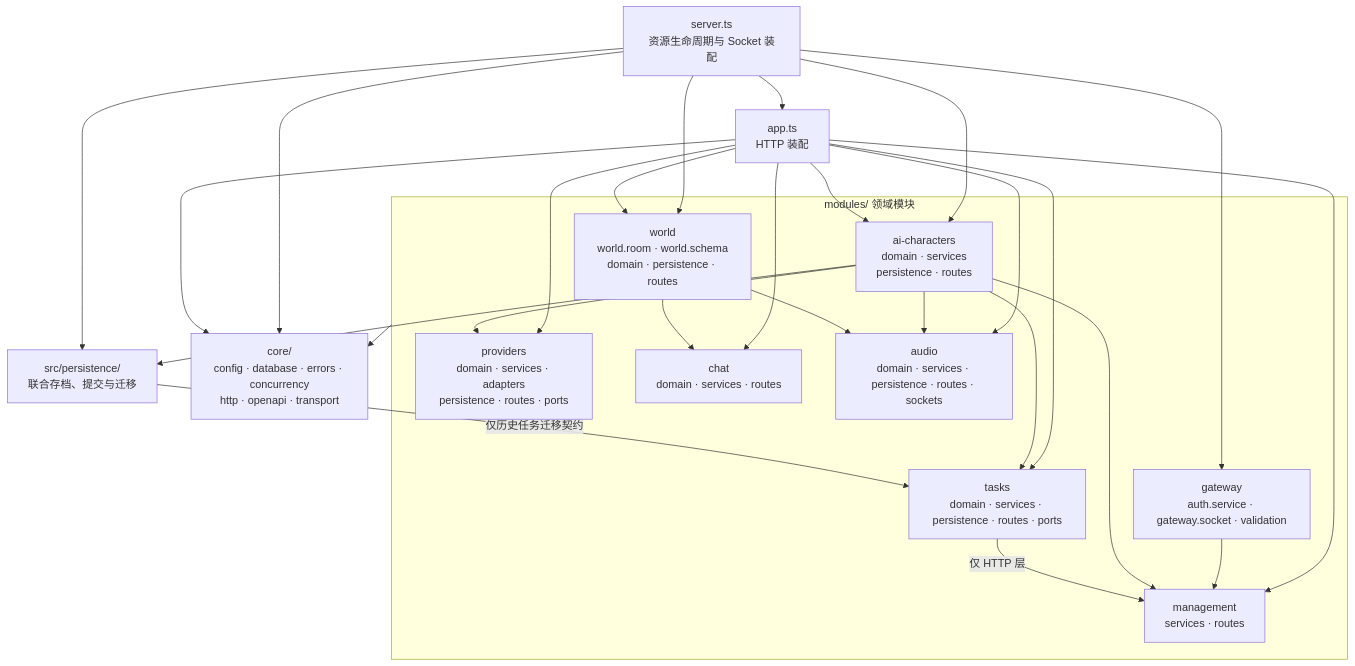
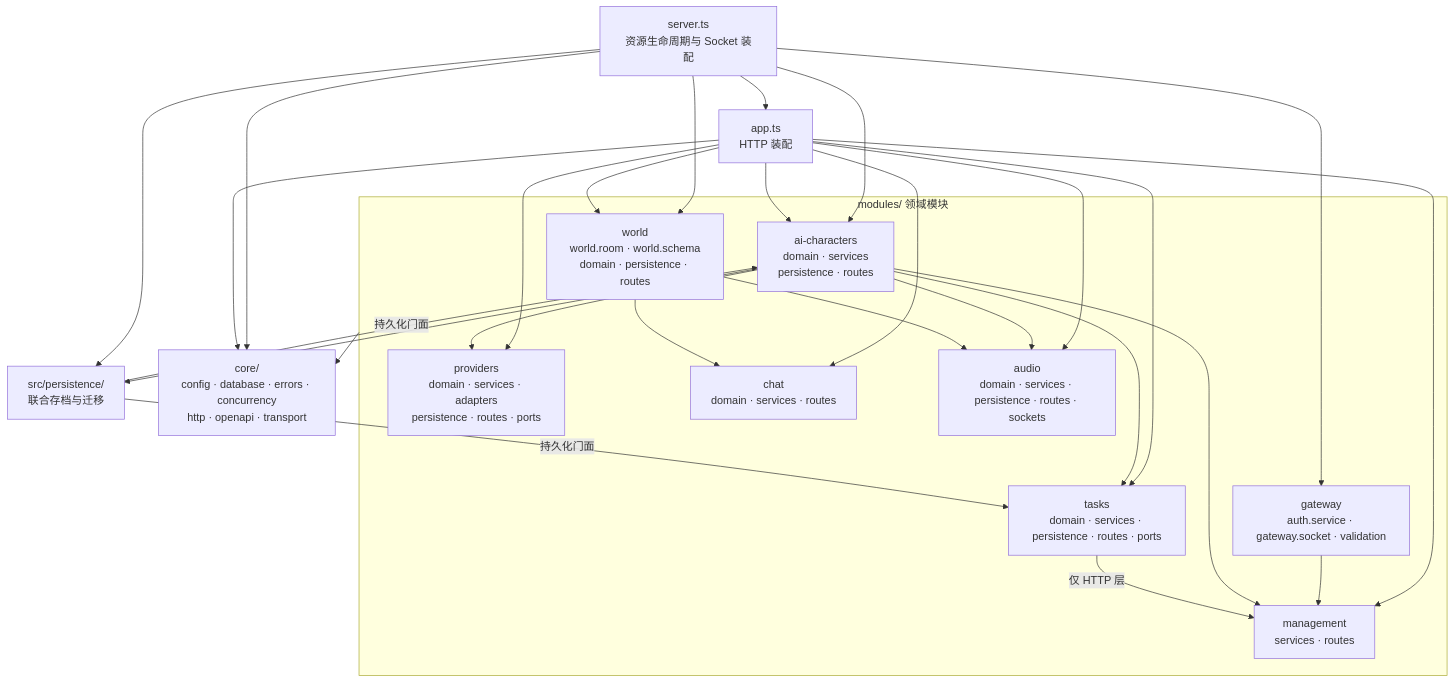
The fifth of 14 diagrams in docs/guide/architecture-diagrams.md (lulabs-org/embocraft), drawn with Mermaid before and after one commit. The commit also changed other lines of this file and 28 other files, not shown here.

````diff
--- a/docs/guide/architecture-diagrams.md
+++ b/docs/guide/architecture-diagrams.md
@@ -118,42 +118,43 @@
 ```mermaid
 graph TB
     App["app.ts<br/>HTTP 装配"]
     Server["server.ts<br/>资源生命周期与 Socket 装配"]
     Core["core/<br/>config · database · errors · concurrency<br/>http · openapi · transport"]
-    Persist["src/persistence/<br/>联合存档、提交与迁移"]
+    Persist["src/persistence/<br/>联合存档与迁移"]
     subgraph Modules["modules/ 领域模块"]
         World["world<br/>world.room · world.schema<br/>domain · persistence · routes"]
         AIC["ai-characters<br/>domain · services<br/>persistence · routes"]
         Tasks["tasks<br/>domain · services · persistence · routes · ports"]
         Mgmt["management<br/>services · routes"]
         GW["gateway<br/>auth.service · gateway.socket · validation"]
         Prov["providers<br/>domain · services · adapters<br/>persistence · routes · ports"]
         Chat["chat<br/>domain · services · routes"]
         Audio["audio<br/>domain · services · persistence · routes · sockets"]
     end
     Server --> App
     Server --> Core
     Server --> Persist
     Server --> GW
     Server --> AIC
     Server --> World
     App --> Core
     App --> Mgmt
     App --> AIC
     App --> Tasks
     App --> Prov
     App --> Chat
     App --> Audio
     App --> World
     GW --> Mgmt
     AIC --> Mgmt
     AIC --> Tasks
     AIC --> Prov
     AIC --> Audio
     AIC --> Persist
     Tasks -->|仅 HTTP 层| Mgmt
     World --> Chat
     World --> Audio
     Modules --> Core
-    Persist -->|仅历史任务迁移契约| Tasks
+    Persist -->|持久化门面| Tasks
+    Persist -->|持久化门面| AIC
 ```
````
